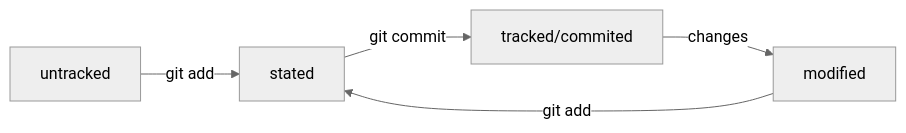
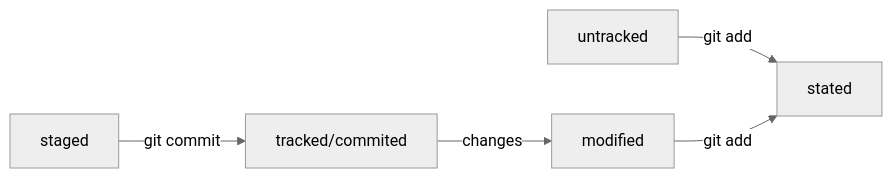
The diagram in README.md (Krip-Tek/case), drawn with Mermaid (neutral theme) before and after one commit. The commit also changed other lines of this file, not shown here.

Commit message:
Добавить информацию о git restore

````diff
--- a/README.md
+++ b/README.md
@@ -89,9 +89,9 @@
 ```mermaid
 %% описание схемы статусов файлов git
 graph LR;
 	
 	untracked -- "git add" --> stated;
-	stated -- "git commit" --> tracked/commited;
+	staged -- "git commit" --> tracked/commited;
 	tracked/commited -- "changes" --> modified;
 	modified -- "git add" --> stated;
 ```
````
